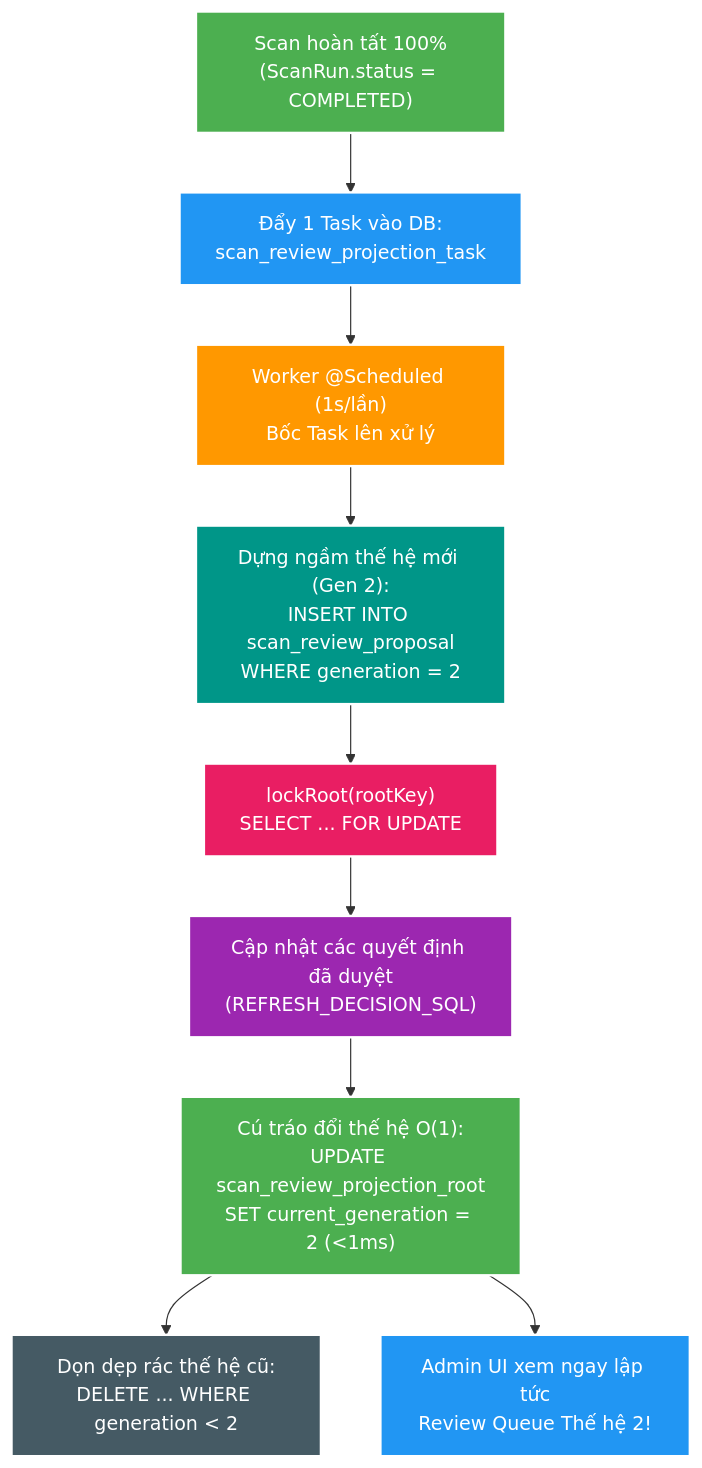
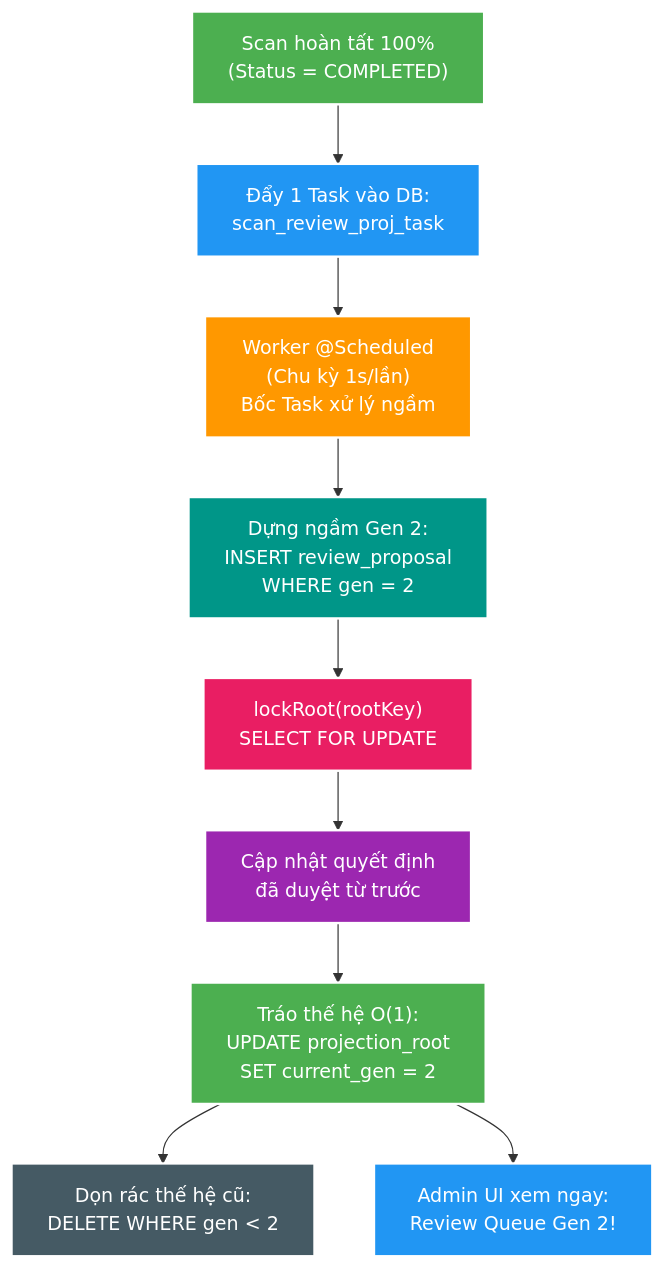
Before and after one commit to HungPhan200591/file-mngt-be-v2: the sixth of 6 diagrams in manual/learning/use-cases/scale-capacity/sc-01-scan-one-million-filesystem-entry/references/deep-dive-scan-preview-pipeline-under-30s.md, drawn with Mermaid. The commit also changed other lines of this file, not shown here.

Commit message:
refactor(documentation): enhance clarity and detail in deep dive scan preview pipeline documentation

````diff
--- a/manual/learning/use-cases/scale-capacity/sc-01-scan-one-million-filesystem-entry/references/deep-dive-scan-preview-pipeline-under-30s.md
+++ b/manual/learning/use-cases/scale-capacity/sc-01-scan-one-million-filesystem-entry/references/deep-dive-scan-preview-pipeline-under-30s.md
@@ -377,30 +380,30 @@
 ```mermaid
 flowchart TD
-    COMPLETE["Scan hoàn tất 100%<br/>(ScanRun.status = COMPLETED)"]
+    COMPLETE["Scan hoàn tất 100%<br/>(Status = COMPLETED)"]
     
-    COMPLETE --> ENQUEUE["Đẩy 1 Task vào DB:<br/>scan_review_projection_task"]
+    COMPLETE --> ENQUEUE["Đẩy 1 Task vào DB:<br/>scan_review_proj_task"]
     
-    ENQUEUE --> WORKER["Worker @Scheduled (1s/lần)<br/>Bốc Task lên xử lý"]
+    ENQUEUE --> WORKER["Worker @Scheduled<br/>(Chu kỳ 1s/lần)<br/>Bốc Task xử lý ngầm"]
     
-    WORKER --> BUILD["Dựng ngầm thế hệ mới (Gen 2):<br/>INSERT INTO scan_review_proposal<br/>WHERE generation = 2"]
+    WORKER --> BUILD["Dựng ngầm Gen 2:<br/>INSERT review_proposal<br/>WHERE gen = 2"]
     
-    BUILD --> LOCK["lockRoot(rootKey)<br/>SELECT ... FOR UPDATE"]
+    BUILD --> LOCK["lockRoot(rootKey)<br/>SELECT FOR UPDATE"]
     
-    LOCK --> REFRESH["Cập nhật các quyết định đã duyệt<br/>(REFRESH_DECISION_SQL)"]
+    LOCK --> REFRESH["Cập nhật quyết định<br/>đã duyệt từ trước"]
     
-    REFRESH --> SWAP["Cú tráo đổi thế hệ O(1):<br/>UPDATE scan_review_projection_root<br/>SET current_generation = 2 (&lt;1ms)"]
+    REFRESH --> SWAP["Tráo thế hệ O(1):<br/>UPDATE projection_root<br/>SET current_gen = 2"]
     
-    SWAP --> CLEANUP["Dọn dẹp rác thế hệ cũ:<br/>DELETE ... WHERE generation &lt; 2"]
+    SWAP --> CLEANUP["Dọn rác thế hệ cũ:<br/>DELETE WHERE gen &lt; 2"]
     
-    SWAP --> UI["Admin UI xem ngay lập tức<br/>Review Queue Thế hệ 2!"]
+    SWAP --> UI["Admin UI xem ngay:<br/>Review Queue Gen 2!"]
 
     style COMPLETE fill:#4CAF50,stroke:#fff,stroke-width:2px,color:#fff
     style ENQUEUE fill:#2196F3,stroke:#fff,stroke-width:2px,color:#fff
     style WORKER fill:#FF9800,stroke:#fff,stroke-width:2px,color:#fff
     style BUILD fill:#009688,stroke:#fff,stroke-width:2px,color:#fff
     style LOCK fill:#E91E63,stroke:#fff,stroke-width:2px,color:#fff
     style REFRESH fill:#9C27B0,stroke:#fff,stroke-width:2px,color:#fff
     style SWAP fill:#4CAF50,stroke:#fff,stroke-width:2px,color:#fff
     style CLEANUP fill:#455A64,stroke:#fff,stroke-width:2px,color:#fff
     style UI fill:#2196F3,stroke:#fff,stroke-width:2px,color:#fff
 ```
````
